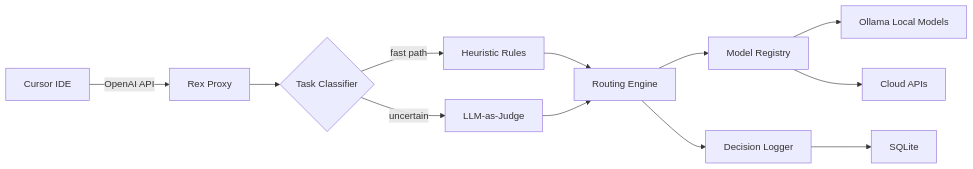
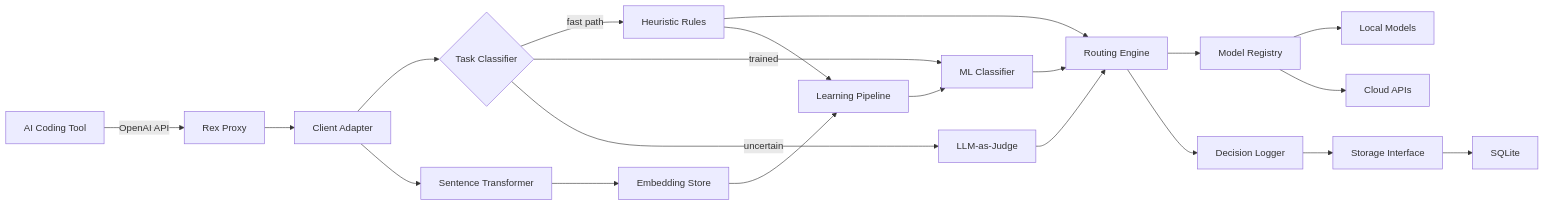
Before and after one commit to thsfranca/rex: the first of 3 diagrams in ARCHITECTURE.md, drawn with Mermaid. The commit also changed other lines of this file and 3 other files, not shown here.

````diff
--- a/ARCHITECTURE.md
+++ b/ARCHITECTURE.md
@@ -7,14 +13,23 @@
 ```mermaid
 flowchart LR
-    Cursor[Cursor IDE] -->|OpenAI API| Proxy[Rex Proxy]
-    Proxy --> Classifier{Task Classifier}
+    Client[AI Coding Tool] -->|OpenAI API| Proxy[Rex Proxy]
+    Proxy --> Adapter[Client Adapter]
+    Adapter --> Classifier{Task Classifier}
     Classifier -->|fast path| Heuristics[Heuristic Rules]
+    Classifier -->|trained| MLClassifier[ML Classifier]
     Classifier -->|uncertain| LLMJudge[LLM-as-Judge]
     Heuristics --> Router[Routing Engine]
+    MLClassifier --> Router
     LLMJudge --> Router
     Router --> Registry[Model Registry]
-    Registry --> Local[Ollama Local Models]
+    Registry --> Local[Local Models]
     Registry --> Cloud[Cloud APIs]
     Router --> Logger[Decision Logger]
-    Logger --> DataStore[SQLite]
+    Logger --> Store[Storage Interface]
+    Store --> DataStore[SQLite]
+    Adapter --> Embedder[Sentence Transformer]
+    Embedder --> EmbeddingStore[Embedding Store]
+    EmbeddingStore --> LearningPipeline[Learning Pipeline]
+    Heuristics --> LearningPipeline
+    LearningPipeline --> MLClassifier
 ```
````
